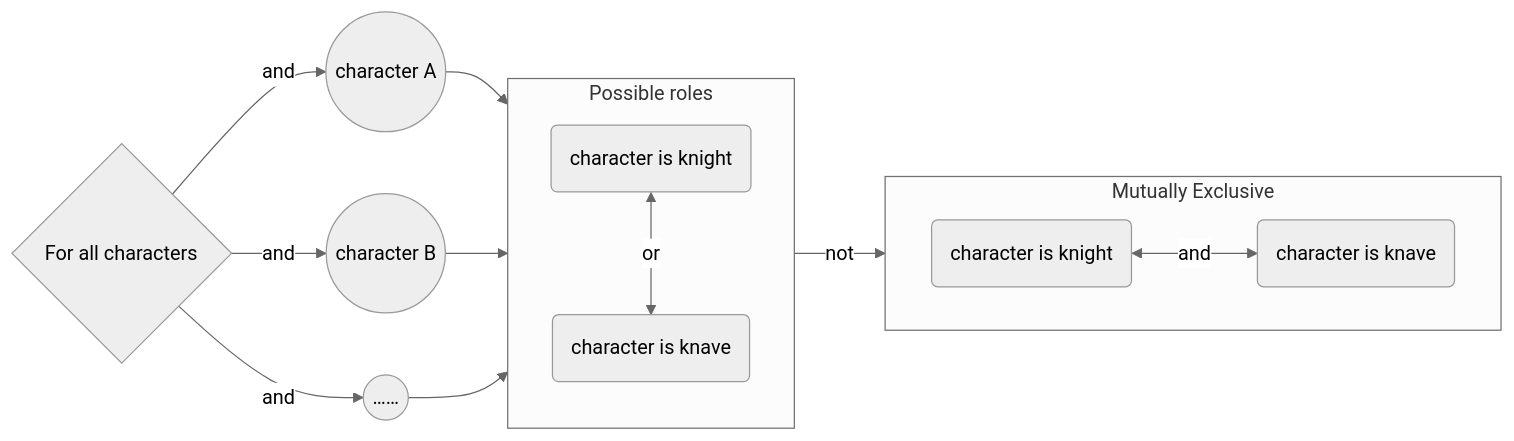
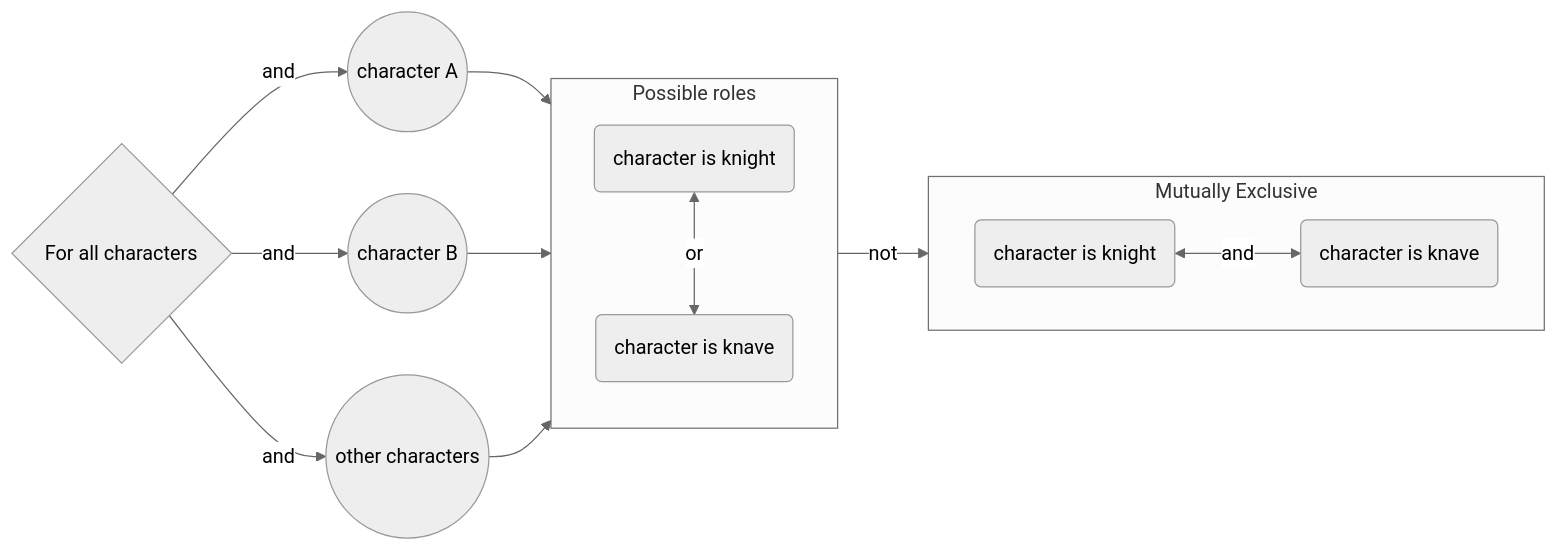
Before and after one commit to zihanshen0112-collab/CS50AI: the first of 7 diagrams in week1/README.md, drawn with Mermaid (neutral theme). The commit also changed other lines of this file, not shown here.

Commit message:
solving the issue of graphs not display

````diff
--- a/week1/README.md
+++ b/week1/README.md
@@ -79,19 +79,19 @@
 ```mermaid
 graph LR
 A{For all characters} -- and --> B((character A))
 A -- and --> C((character B))
-A -- and --> D((……))
+A -- and --> D((other characters))
     subgraph Cp[Possible roles]
         direction TD
         E(character is knight) <-->|or| F(character is knave)
     end
 B --> Cp
 C --> Cp
 D --> Cp
         
     subgraph Bgl[Mutually Exclusive]
         direction LR
         G(character is knight) <-->|and| H(character is knave)
     end
 Cp -- not --> Bgl
 ```
````
